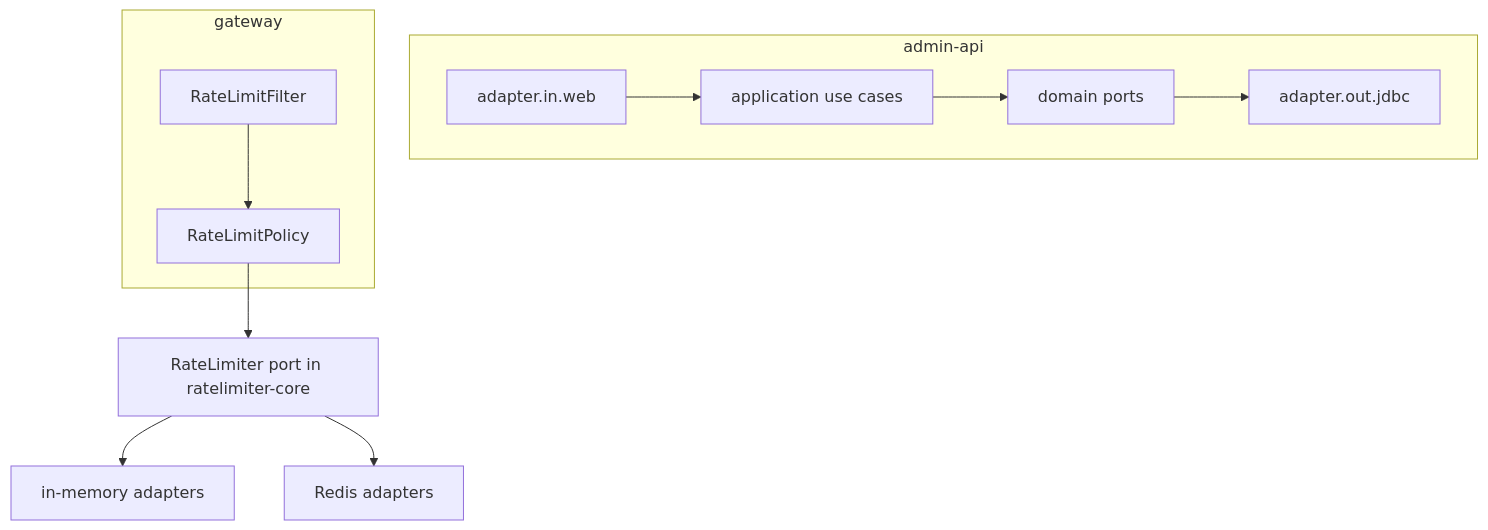
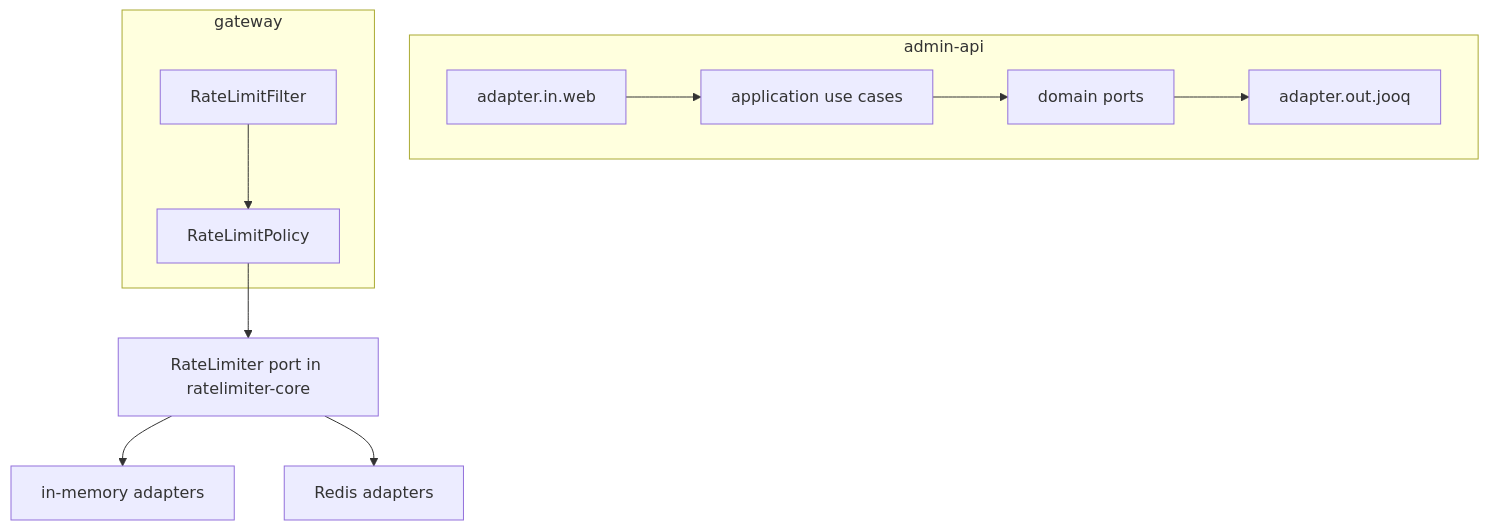
The second of 2 diagrams in README.md (jacksonvieira/distributed-rate-limiter), drawn with Mermaid before and after one commit. The commit also changed other lines of this file and 1 other file, not shown here.

Commit message:
Link the ADRs and fix the admin API diagram

````diff
--- a/README.md
+++ b/README.md
@@ -39,12 +39,12 @@
 ```mermaid
 flowchart TB
     subgraph admin-api
-        W[adapter.in.web] --> UC[application use cases] --> D[domain ports] --> J[adapter.out.jdbc]
+        W[adapter.in.web] --> UC[application use cases] --> D[domain ports] --> J[adapter.out.jooq]
     end
     subgraph gateway
         F[RateLimitFilter] --> PO[RateLimitPolicy]
     end
     PO --> L[RateLimiter port in ratelimiter-core]
     L --> IM[in-memory adapters]
     L --> RD[Redis adapters]
 ```
````
